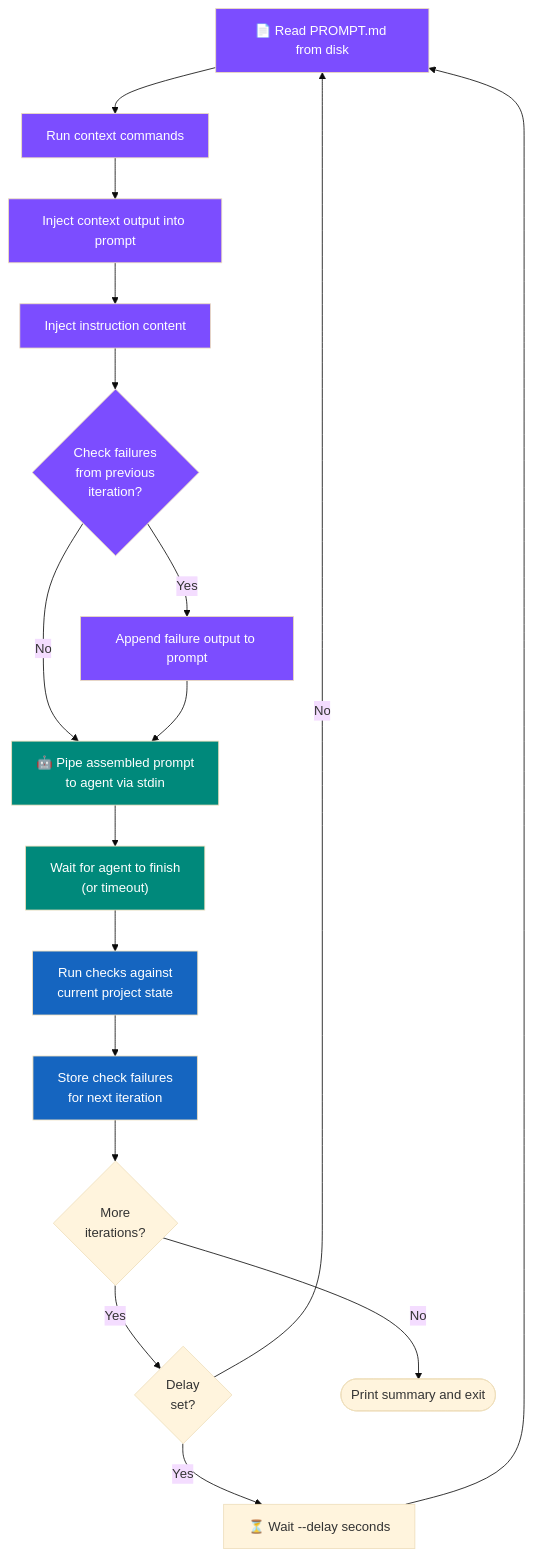
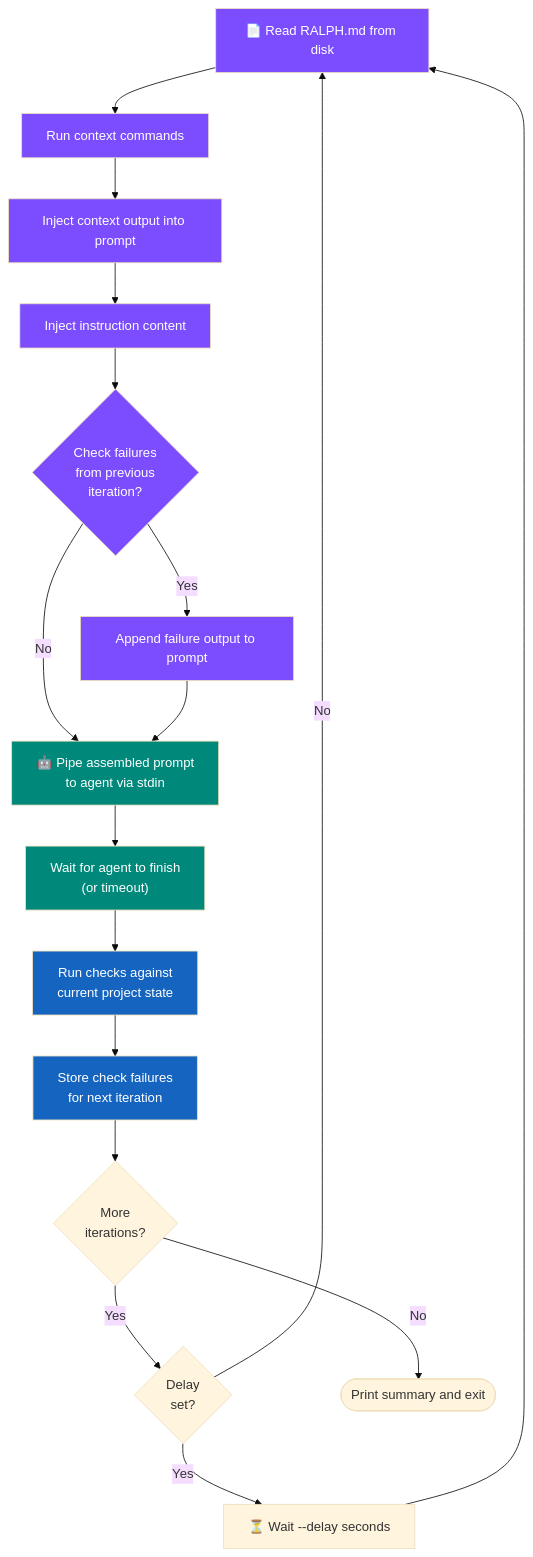
Before and after one commit to computerlovetech/ralphify: the first of 3 diagrams in docs/how-it-works.md, drawn with Mermaid (base theme). The commit also changed other lines of this file and 47 other files, not shown here.

First line of the commit message:
feat: rename "prompt" primitive to "ralph" and .ralph/ to .ralphify/

````diff
--- a/docs/how-it-works.md
+++ b/docs/how-it-works.md
@@ -13,30 +13,30 @@
 ``` mermaid
 flowchart TD
-    A["📄 Read PROMPT.md from disk"] --> B["Run context commands"]
+    A["📄 Read RALPH.md from disk"] --> B["Run context commands"]
     B --> C["Inject context output into prompt"]
     C --> D["Inject instruction content"]
     D --> E{"Check failures\nfrom previous\niteration?"}
     E -- Yes --> F["Append failure output to prompt"]
     E -- No --> G["🤖 Pipe assembled prompt\nto agent via stdin"]
     F --> G
     G --> H["Wait for agent to finish\n(or timeout)"]
     H --> I["Run checks against\ncurrent project state"]
     I --> J["Store check failures\nfor next iteration"]
     J --> K{"More\niterations?"}
     K -- Yes --> L{"Delay\nset?"}
     K -- No --> M(["Print summary and exit"])
     L -- Yes --> N["⏳ Wait --delay seconds"]
     L -- No --> A
     N --> A
 
     style A fill:#7c4dff,color:#fff
     style B fill:#7c4dff,color:#fff
     style C fill:#7c4dff,color:#fff
     style D fill:#7c4dff,color:#fff
     style E fill:#7c4dff,color:#fff
     style F fill:#7c4dff,color:#fff
     style G fill:#00897b,color:#fff
     style H fill:#00897b,color:#fff
     style I fill:#1565c0,color:#fff
     style J fill:#1565c0,color:#fff
 ```
````
